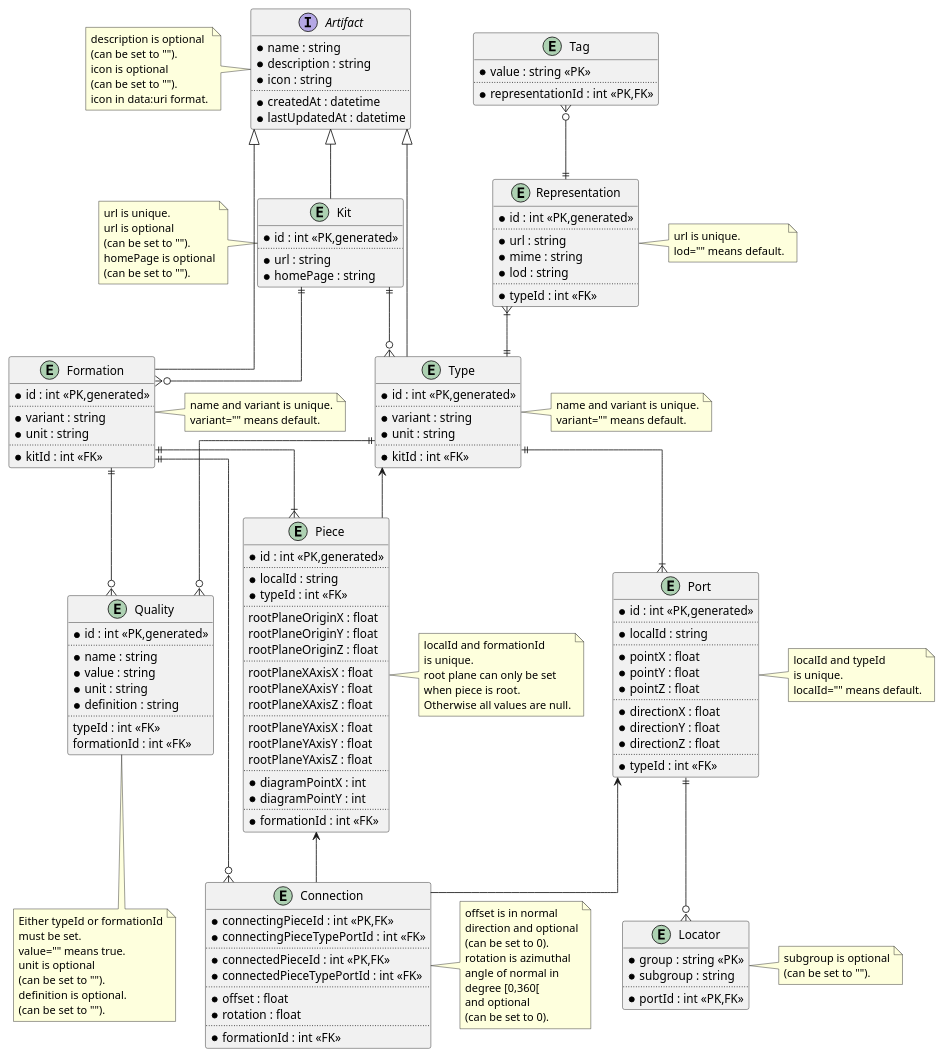
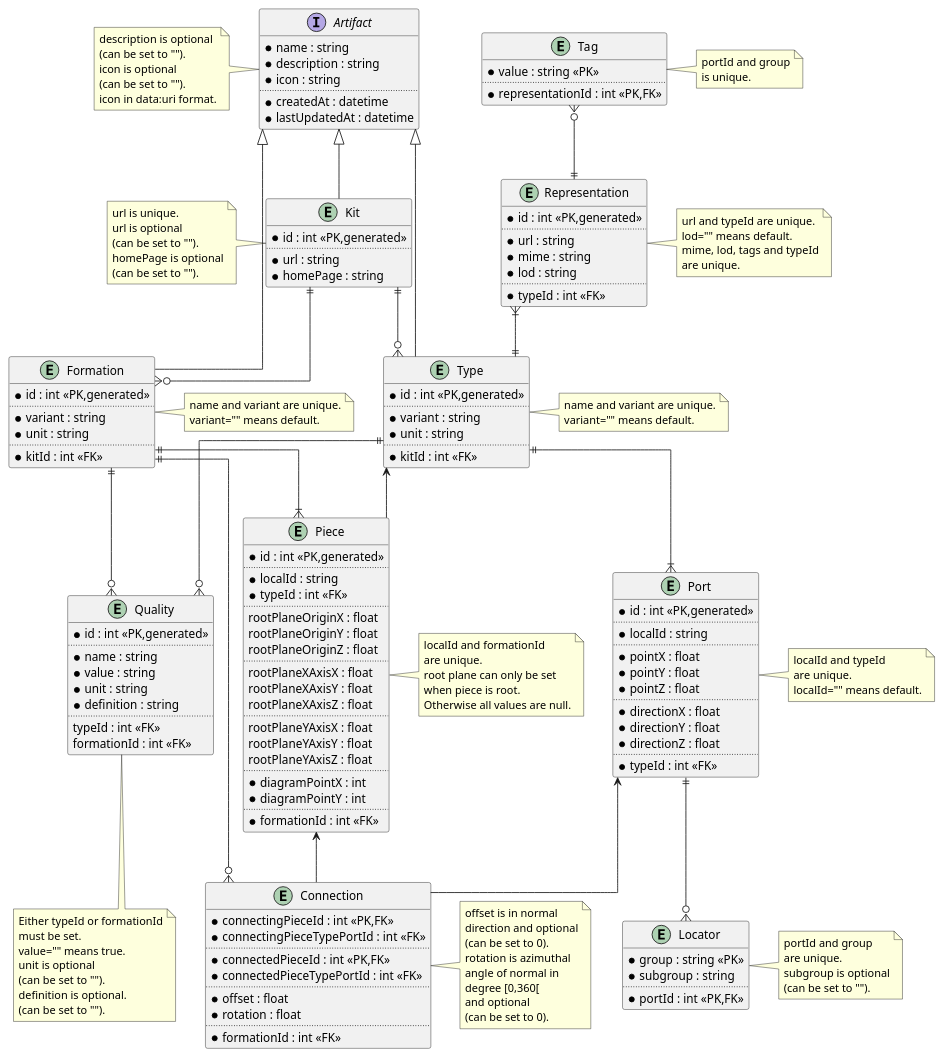
One commit to usalu/semio changed the diagram in engineering/dataarchitecture.pu. Above: the diagram before and after it, drawn with PlantUML. The commit also changed 18 other files, not shown here.

```diff
--- a/engineering/dataarchitecture.pu
+++ b/engineering/dataarchitecture.pu
@@ -40,7 +40,7 @@
     *kitId : int <<FK>>
 }
 note right of Type
-    name and variant is unique.
+    name and variant are unique.
     variant="" means default.
 end note
 
@@ -54,8 +54,10 @@
     *typeId : int <<FK>>
 }
 note right of Representation
-    url is unique.
+    url and typeId are unique.
     lod="" means default.
+    mime, lod, tags and typeId
+    are unique.
 end note
 
 entity Tag {
@@ -63,6 +65,11 @@
     ..
     *representationId : int <<PK,FK>>
 }
+note right of Tag
+    portId and group
+    is unique.
+end note
+
 
 entity Port {
     *id : int <<PK,generated>>
@@ -81,7 +88,7 @@
 }
 note right of Port
     localId and typeId
-    is unique.
+    are unique.
     localId="" means default.
 end note
 
@@ -113,6 +120,8 @@
     *portId : int <<PK,FK>>
 }
 note right of Locator
+    portId and group
+    are unique.
     subgroup is optional
     (can be set to "").
 end note
@@ -142,7 +151,7 @@
 }
 note right of Piece
     localId and formationId
-    is unique.
+    are unique.
     root plane can only be set
     when piece is root.
     Otherwise all values are null.
@@ -180,7 +189,7 @@
     *kitId : int <<FK>>
 }
 note right of Formation
-    name and variant is unique.
+    name and variant are unique.
     variant="" means default.
 end note
 
```
